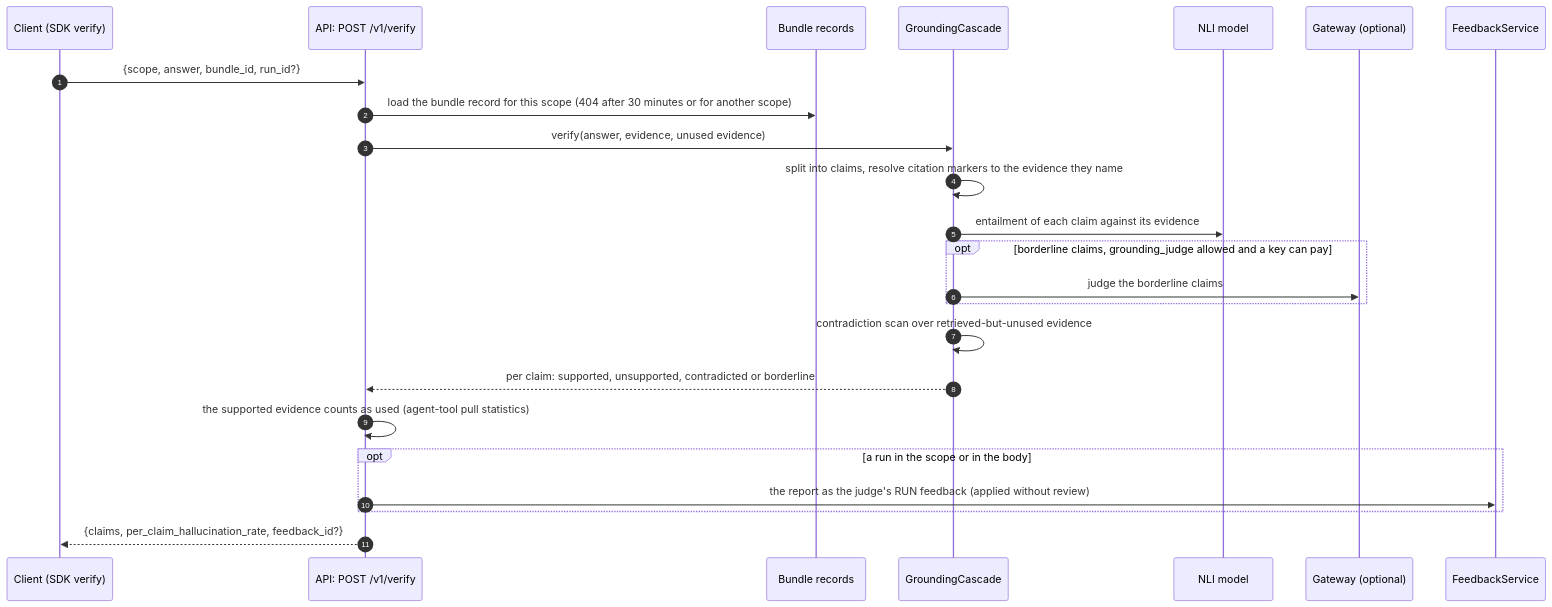
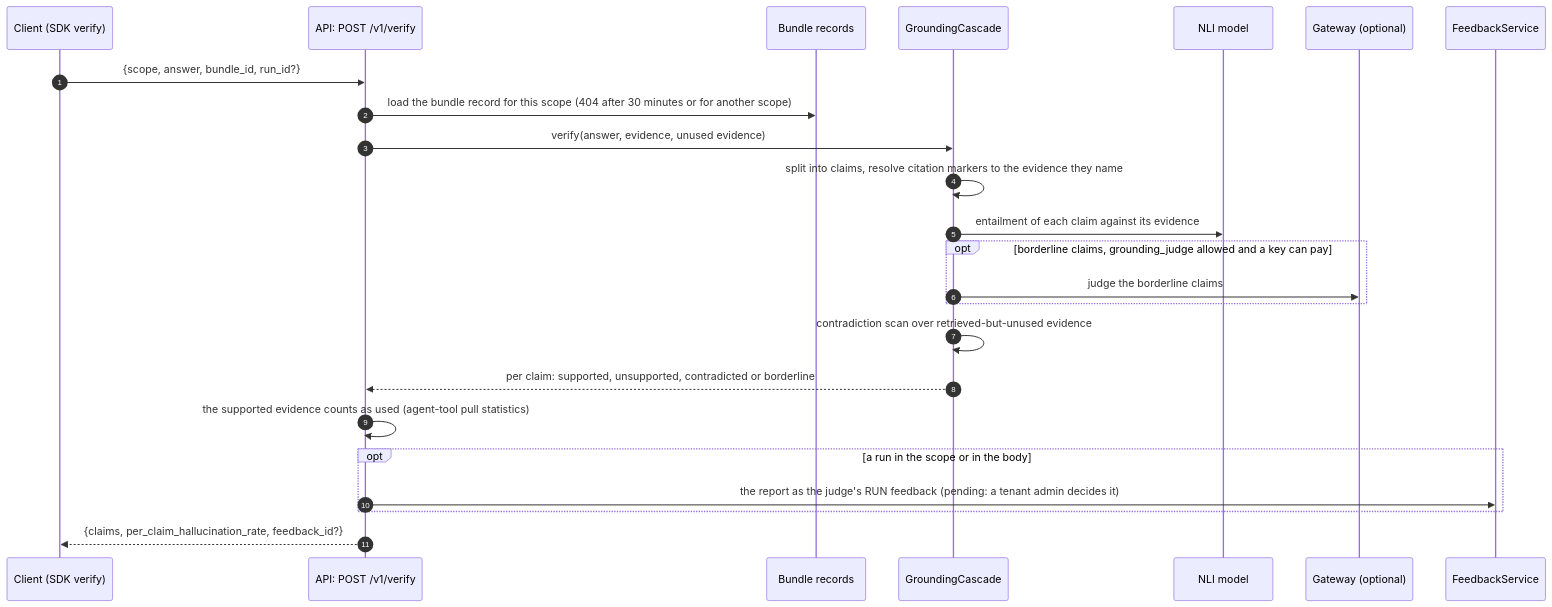
One commit to amitmohapatra/agent-memory-service changed the fifth of 8 diagrams in docs/flows.md. Above: the diagram before and after it, drawn with Mermaid. The commit also changed other lines of this file and 14 other files, not shown here.

First line of the commit message:
fix(feedback): the grounding judge's verdict waits for review and never raises its own evidence

````diff
--- a/docs/flows.md
+++ b/docs/flows.md
@@ -195,26 +195,26 @@
 ```mermaid
 sequenceDiagram
   autonumber
   participant C as Client (SDK verify)
   participant API as API: POST /v1/verify
   participant BR as Bundle records
   participant G as GroundingCascade
   participant N as NLI model
   participant L as Gateway (optional)
   participant F as FeedbackService
   C->>API: {scope, answer, bundle_id, run_id?}
   API->>BR: load the bundle record for this scope (404 after 30 minutes or for another scope)
   API->>G: verify(answer, evidence, unused evidence)
   G->>G: split into claims, resolve citation markers to the evidence they name
   G->>N: entailment of each claim against its evidence
   opt borderline claims, grounding_judge allowed and a key can pay
     G->>L: judge the borderline claims
   end
   G->>G: contradiction scan over retrieved-but-unused evidence
   G-->>API: per claim: supported, unsupported, contradicted or borderline
   API->>API: the supported evidence counts as used (agent-tool pull statistics)
   opt a run in the scope or in the body
-    API->>F: the report as the judge's RUN feedback (applied without review)
+    API->>F: the report as the judge's RUN feedback (pending: a tenant admin decides it)
   end
   API-->>C: {claims, per_claim_hallucination_rate, feedback_id?}
 ```
````
